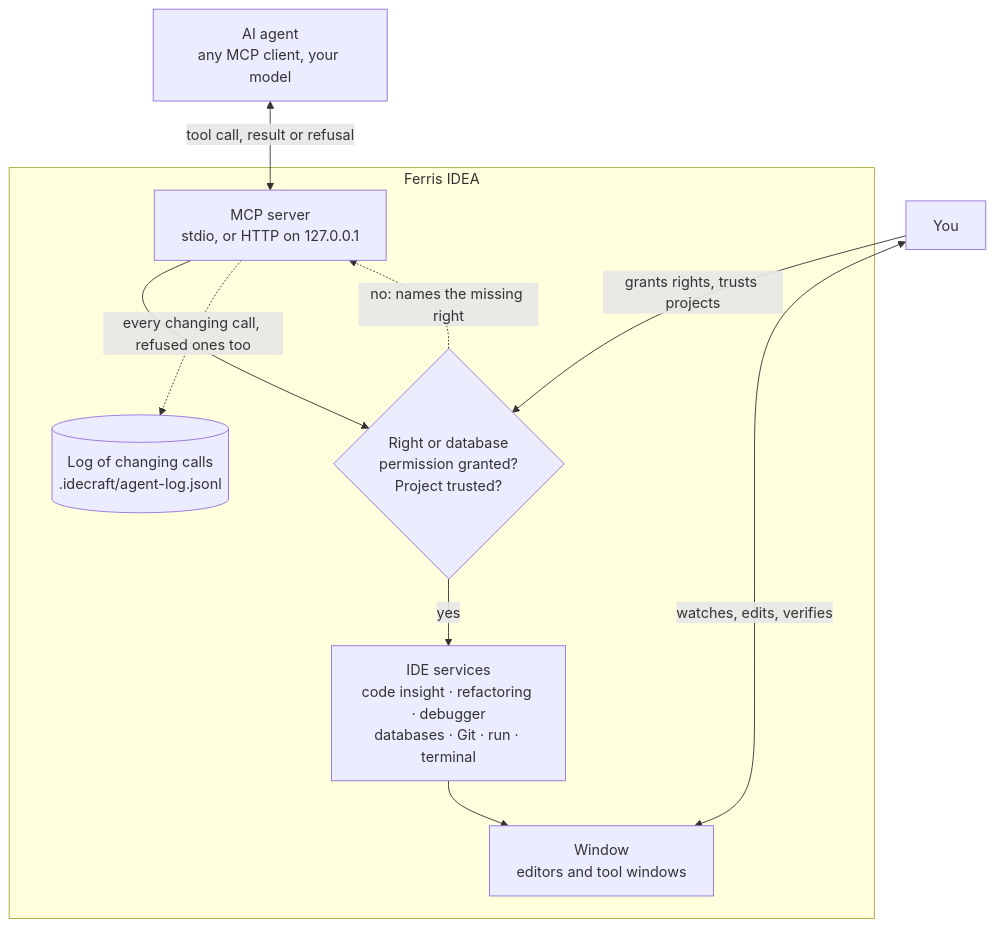
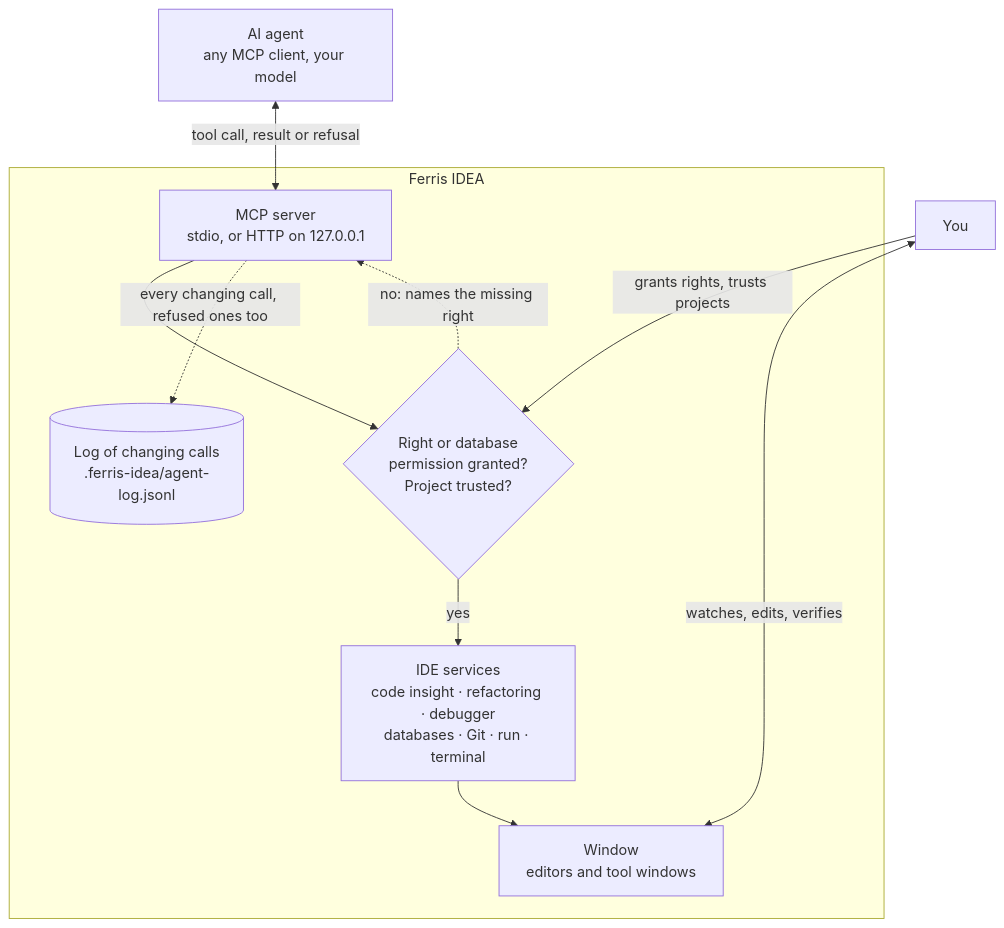
One commit to DamienDrash/ferris-idea changed the diagram in README.md. Above: the diagram before and after it, drawn with Mermaid. The commit also changed other lines of this file and 1833 other files, not shown here.

First line of the commit message:
Ferris IDEA v1.2.1

````diff
--- a/README.md
+++ b/README.md
@@ -104,20 +104,20 @@
 ```mermaid
 flowchart TB
     agent["AI agent<br/>any MCP client, your model"]
     you["You"]
     subgraph ide["Ferris IDEA"]
         mcp["MCP server<br/>stdio, or HTTP on 127.0.0.1"]
         gate{"Right or database<br/>permission granted?<br/>Project trusted?"}
         svc["IDE services<br/>code insight · refactoring · debugger<br/>databases · Git · run · terminal"]
         win["Window<br/>editors and tool windows"]
-        log[("Log of changing calls<br/>.idecraft/agent-log.jsonl")]
+        log[("Log of changing calls<br/>.ferris-idea/agent-log.jsonl")]
     end
     agent <-->|"tool call, result or refusal"| mcp
     mcp --> gate
     gate -->|"yes"| svc
     gate -.->|"no: names the missing right"| mcp
     svc --> win
     mcp -.->|"every changing call, refused ones too"| log
     you -->|"grants rights, trusts projects"| gate
     you <-->|"watches, edits, verifies"| win
 ```
````
